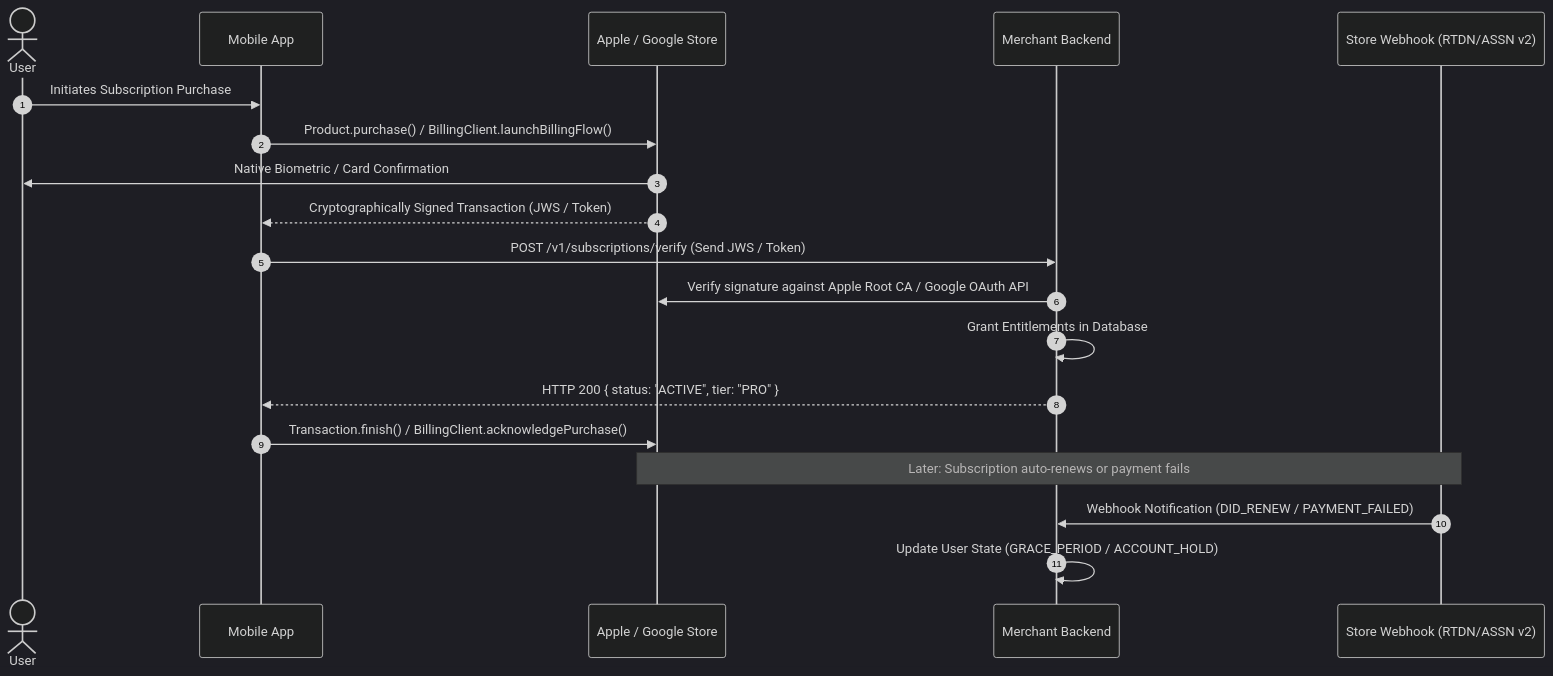
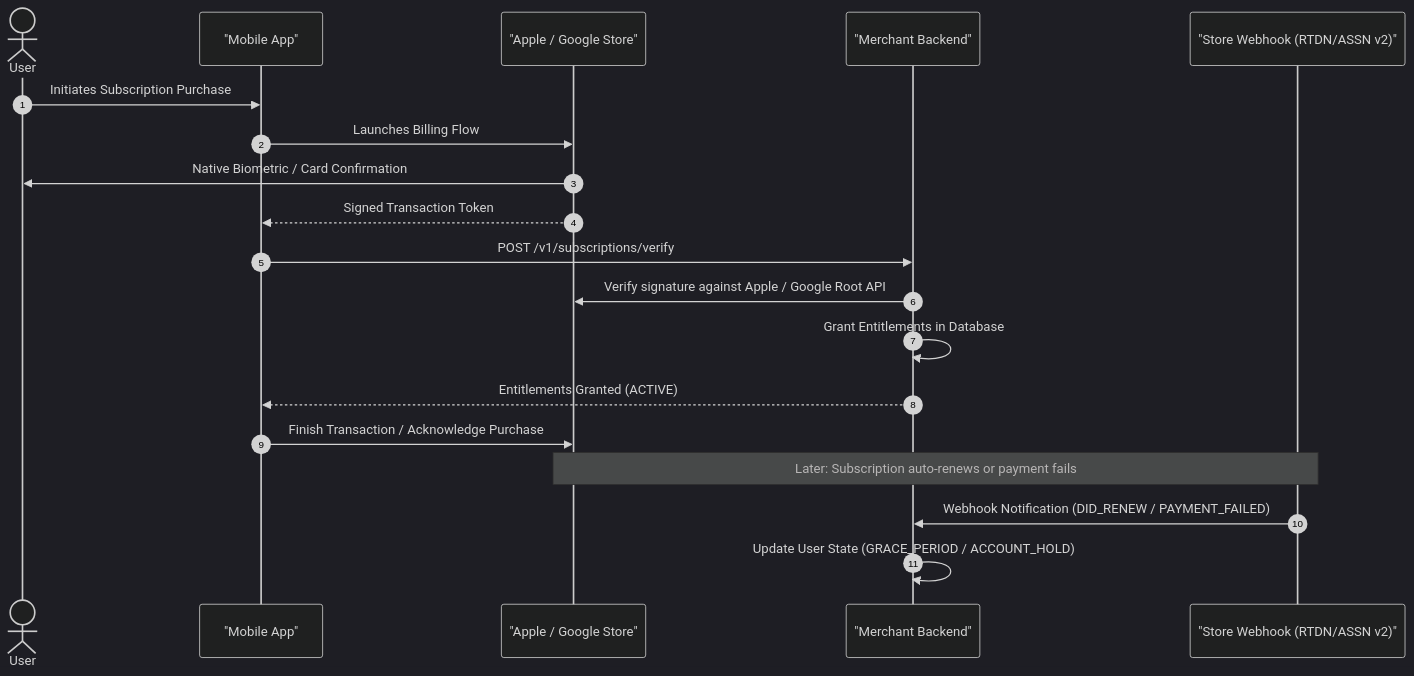
Before and after one commit to vennamprasad/awesome-mobile-interviews: the first of 2 diagrams in engineering/growth-and-internals/03_In_App_Purchases_and_Subscriptions.md, drawn with Mermaid (dark theme). The commit also changed 7 other files, not shown here.

Commit message:
fix(growth-and-internals): resolve Mermaid diagram syntax and quoting for GitHub rich display

````diff
--- a/engineering/growth-and-internals/03_In_App_Purchases_and_Subscriptions.md
+++ b/engineering/growth-and-internals/03_In_App_Purchases_and_Subscriptions.md
@@ -16,22 +16,22 @@
 ```mermaid
 sequenceDiagram
     autonumber
     actor User
-    participant App as Mobile App
-    participant Store as Apple / Google Store
-    participant Backend as Merchant Backend
-    participant RTDN as Store Webhook (RTDN/ASSN v2)
+    participant App as "Mobile App"
+    participant Store as "Apple / Google Store"
+    participant Backend as "Merchant Backend"
+    participant RTDN as "Store Webhook (RTDN/ASSN v2)"
 
     User->>App: Initiates Subscription Purchase
-    App->>Store: Product.purchase() / BillingClient.launchBillingFlow()
+    App->>Store: Launches Billing Flow
     Store->>User: Native Biometric / Card Confirmation
-    Store-->>App: Cryptographically Signed Transaction (JWS / Token)
-    App->>Backend: POST /v1/subscriptions/verify (Send JWS / Token)
-    Backend->>Store: Verify signature against Apple Root CA / Google OAuth API
+    Store-->>App: Signed Transaction Token
+    App->>Backend: POST /v1/subscriptions/verify
+    Backend->>Store: Verify signature against Apple / Google Root API
     Backend->>Backend: Grant Entitlements in Database
-    Backend-->>App: HTTP 200 { status: "ACTIVE", tier: "PRO" }
-    App->>Store: Transaction.finish() / BillingClient.acknowledgePurchase()
+    Backend-->>App: Entitlements Granted (ACTIVE)
+    App->>Store: Finish Transaction / Acknowledge Purchase
     Note over Store,RTDN: Later: Subscription auto-renews or payment fails
     RTDN->>Backend: Webhook Notification (DID_RENEW / PAYMENT_FAILED)
     Backend->>Backend: Update User State (GRACE_PERIOD / ACCOUNT_HOLD)
 ```
````
